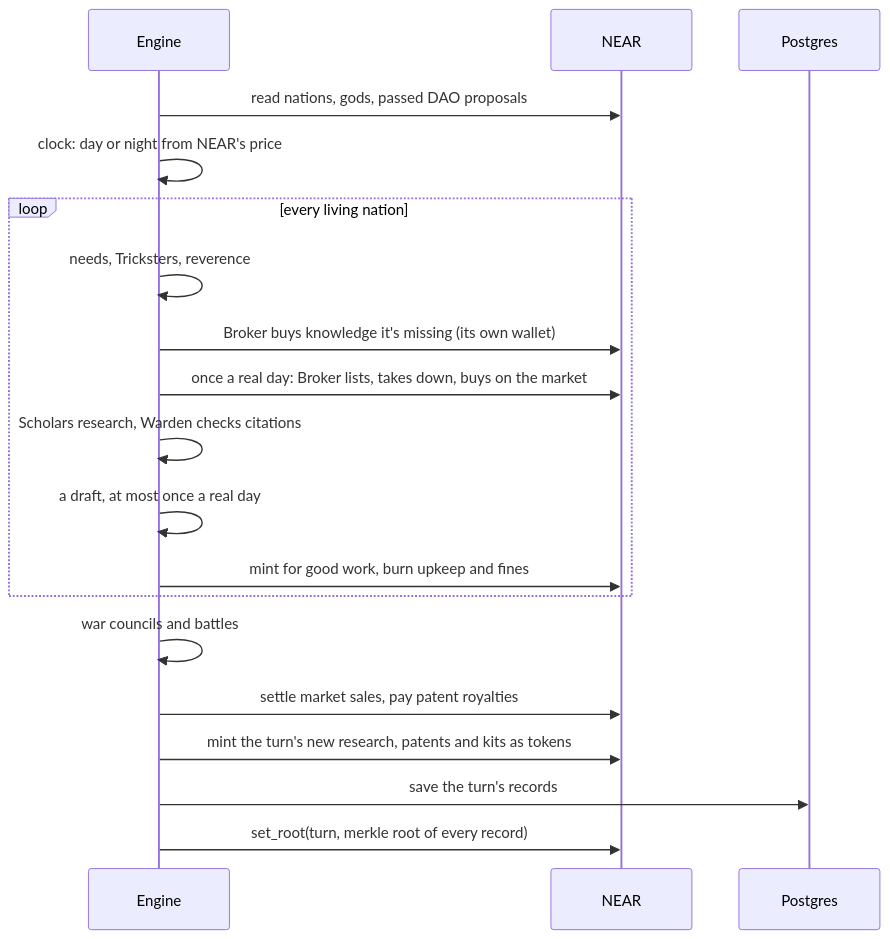
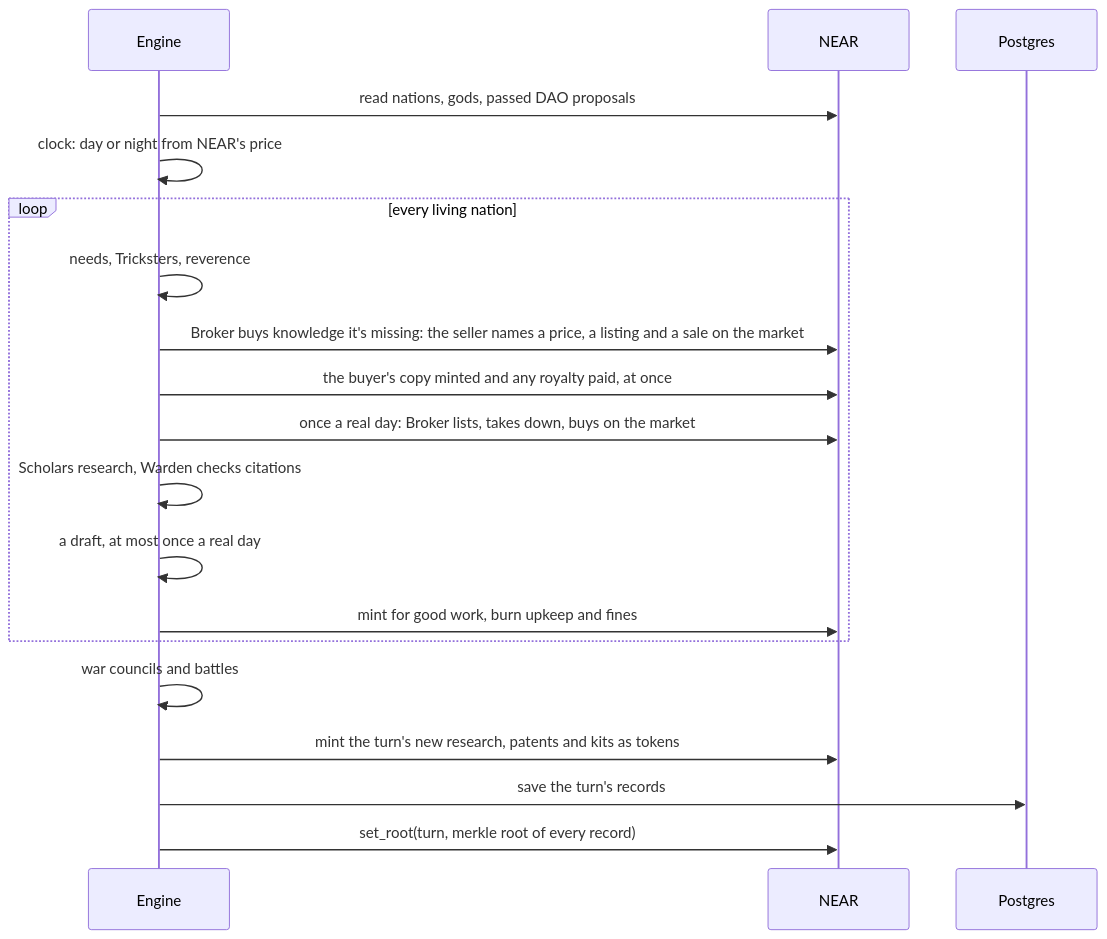
One commit to cnpierrepapi/adfontes changed the third of 3 diagrams in README.md. Above: the diagram before and after it, drawn with Mermaid. The commit also changed other lines of this file, not shown here.

Commit message:
README: every trade goes through the market, priced by the seller, completed at once

````diff
--- a/README.md
+++ b/README.md
@@ -132,21 +134,21 @@
 ```mermaid
 sequenceDiagram
   participant E as Engine
   participant N as NEAR
   participant DB as Postgres
   E->>N: read nations, gods, passed DAO proposals
   E->>E: clock: day or night from NEAR's price
   loop every living nation
     E->>E: needs, Tricksters, reverence
-    E->>N: Broker buys knowledge it's missing (its own wallet)
+    E->>N: Broker buys knowledge it's missing: the seller names a price, a listing and a sale on the market
+    E->>N: the buyer's copy minted and any royalty paid, at once
     E->>N: once a real day: Broker lists, takes down, buys on the market
     E->>E: Scholars research, Warden checks citations
     E->>E: a draft, at most once a real day
     E->>N: mint for good work, burn upkeep and fines
   end
   E->>E: war councils and battles
-  E->>N: settle market sales, pay patent royalties
   E->>N: mint the turn's new research, patents and kits as tokens
   E->>DB: save the turn's records
   E->>N: set_root(turn, merkle root of every record)
 ```
````
